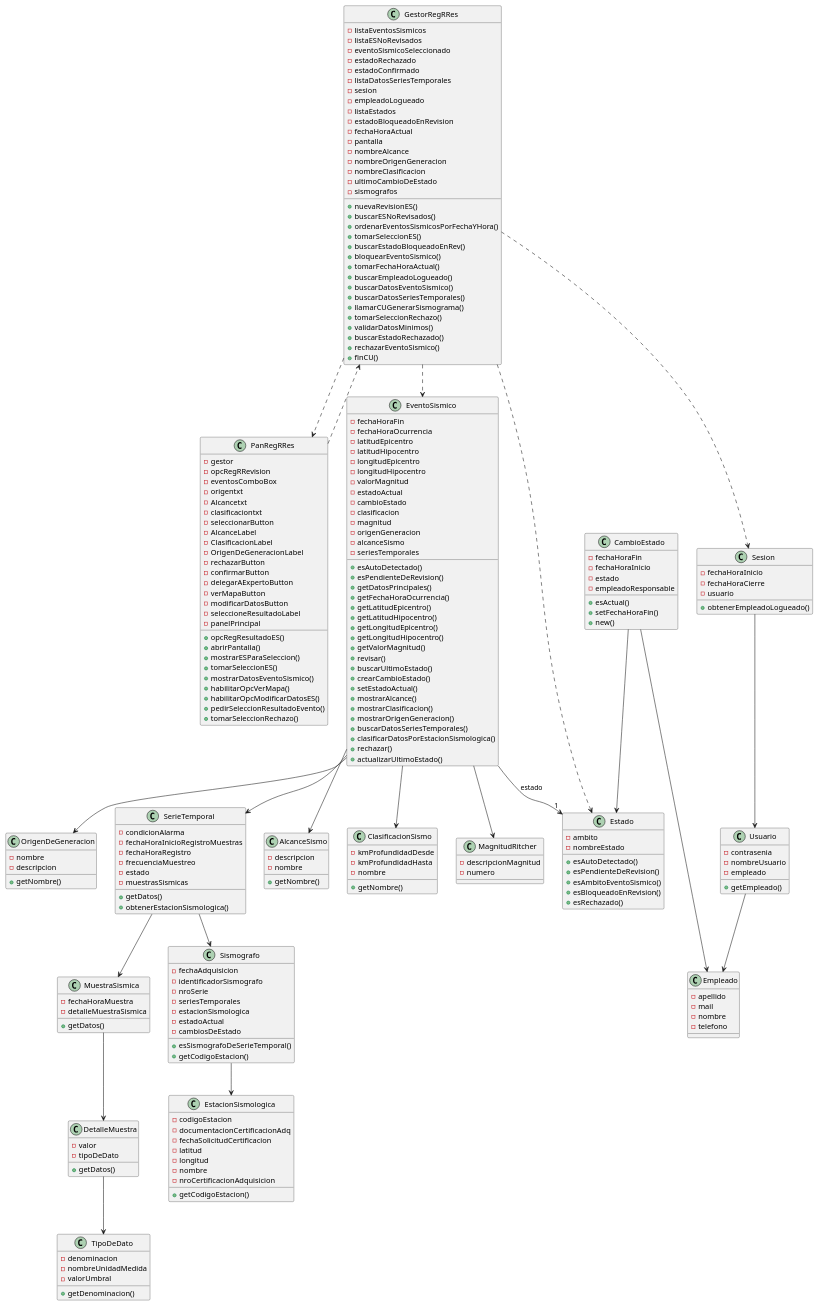
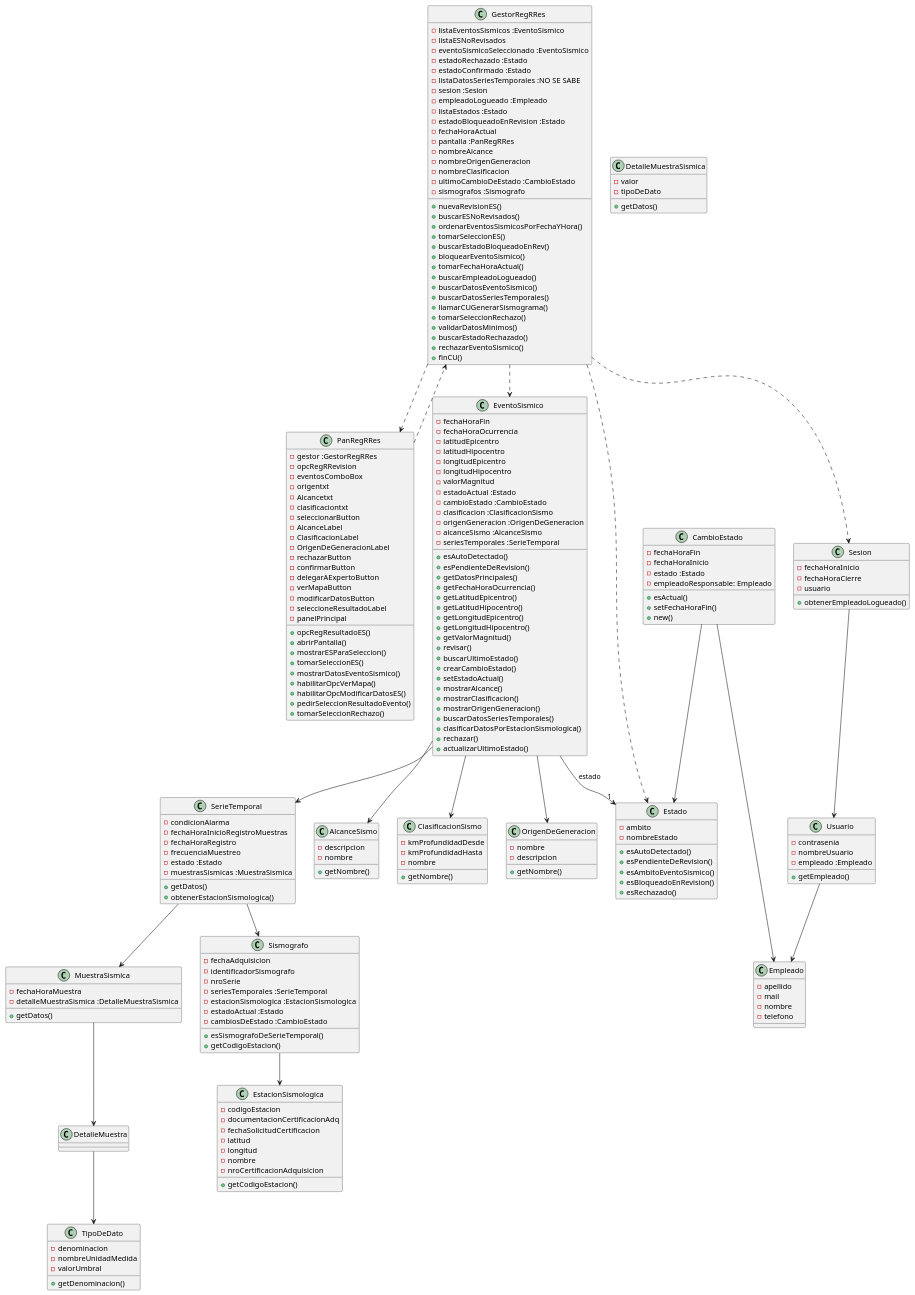
Before and after one commit to santiwg/TPI-DS2025-G1: the diagram in diagrama-vista-estatica.wsd, drawn with PlantUML.

Commit message:
Agrego tipos en atributos complejos

```diff
--- a/diagrama-vista-estatica.wsd
+++ b/diagrama-vista-estatica.wsd
@@ -1,23 +1,23 @@
 @startuml vista-estatica
 
 class GestorRegRRes{
-    -listaEventosSismicos
+    -listaEventosSismicos :EventoSismico
     -listaESNoRevisados
-    -eventoSismicoSeleccionado
-    -estadoRechazado
-    -estadoConfirmado
-    -listaDatosSeriesTemporales
-    -sesion
-    -empleadoLogueado
-    -listaEstados
-    -estadoBloqueadoEnRevision
+    -eventoSismicoSeleccionado :EventoSismico
+    -estadoRechazado :Estado
+    -estadoConfirmado :Estado
+    -listaDatosSeriesTemporales :NO SE SABE
+    -sesion :Sesion
+    -empleadoLogueado :Empleado
+    -listaEstados :Estado
+    -estadoBloqueadoEnRevision :Estado
     -fechaHoraActual
-    -pantalla
+    -pantalla :PanRegRRes
     -nombreAlcance
     -nombreOrigenGeneracion
     -nombreClasificacion
-    -ultimoCambioDeEstado
-    -sismografos
+    -ultimoCambioDeEstado :CambioEstado
+    -sismografos :Sismografo
 
     +nuevaRevisionES()
     +buscarESNoRevisados()
@@ -38,7 +38,7 @@
 }
 
 class PanRegRRes{
-    -gestor
+    -gestor :GestorRegRRes
     -opcRegRRevision
     -eventosComboBox
     -origentxt
@@ -77,8 +77,8 @@
 class CambioEstado{
     -fechaHoraFin
     -fechaHoraInicio
-    -estado
-    -empleadoResponsable
+    -estado :Estado
+    -empleadoResponsable: Empleado
 
     +esActual()
     +setFechaHoraFin()
@@ -93,7 +93,7 @@
     +getNombre()
 }
 
-class DetalleMuestra{
+class DetalleMuestraSismica{
     -valor
     -tipoDeDato
 
@@ -138,13 +138,12 @@
     -longitudEpicentro
     -longitudHipocentro
     -valorMagnitud
-    -estadoActual
-    -cambioEstado
-    -clasificacion
-    -magnitud
-    -origenGeneracion
-    -alcanceSismo
-    -seriesTemporales
+    -estadoActual :Estado
+    -cambioEstado :CambioEstado
+    -clasificacion :ClasificacionSismo
+    -origenGeneracion :OrigenDeGeneracion
+    -alcanceSismo :AlcanceSismo
+    -seriesTemporales :SerieTemporal
 
     +esAutoDetectado()
     +esPendienteDeRevision()
@@ -168,14 +167,9 @@
     +actualizarUltimoEstado()
 }
 
-class MagnitudRitcher{
-    -descripcionMagnitud
-    -numero
-}
-
 class MuestraSismica{
     -fechaHoraMuestra
-    -detalleMuestraSismica
+    -detalleMuestraSismica :DetalleMuestraSismica
 
     +getDatos()
 }
@@ -192,8 +186,8 @@
     -fechaHoraInicioRegistroMuestras
     -fechaHoraRegistro
     -frecuenciaMuestreo
-    -estado
-    -muestrasSismicas
+    -estado :Estado
+    -muestrasSismicas :MuestraSismica
 
     +getDatos()
     +obtenerEstacionSismologica()
@@ -211,10 +205,10 @@
     -fechaAdquisicion
     -identificadorSismografo
     -nroSerie
-    -seriesTemporales
-    -estacionSismologica
-    -estadoActual
-    -cambiosDeEstado
+    -seriesTemporales :SerieTemporal
+    -estacionSismologica :EstacionSismologica
+    -estadoActual :Estado
+    -cambiosDeEstado :CambioEstado
 
     +esSismografoDeSerieTemporal()
     +getCodigoEstacion()
@@ -231,7 +225,7 @@
 class Usuario{
     -contrasenia
     -nombreUsuario
-    -empleado
+    -empleado :Empleado
 
     +getEmpleado()
 }
@@ -273,6 +267,4 @@
 SerieTemporal --> Sismografo
 
 Sismografo --> EstacionSismologica
-
-EventoSismico --> MagnitudRitcher
 @enduml
```
